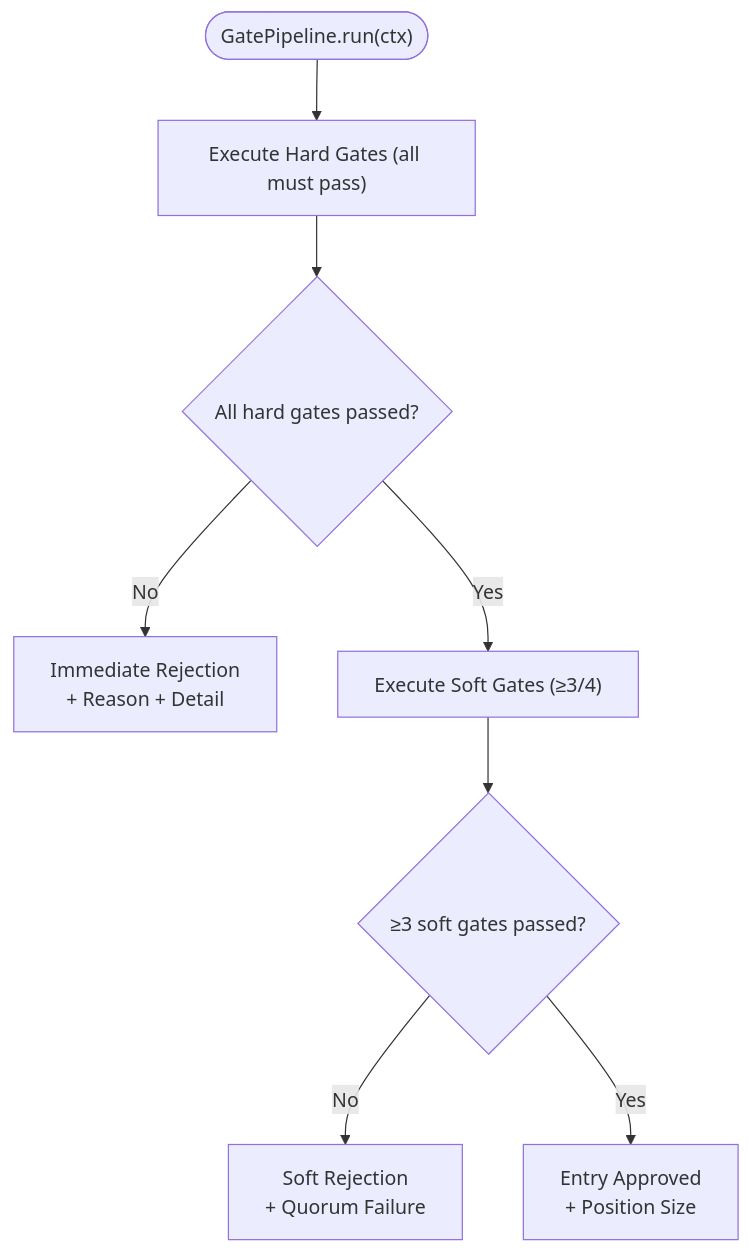
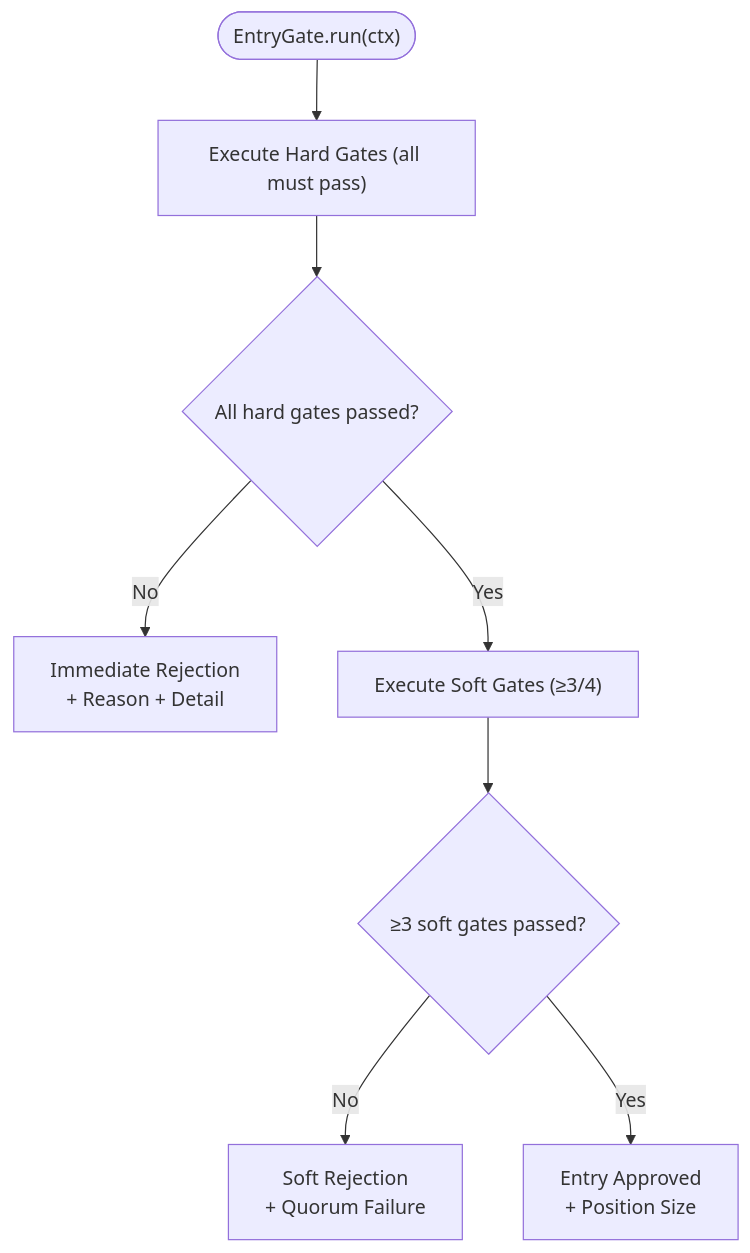
The third of 12 diagrams in .qoder/repowiki/en/content/Backend Application/Domain Services/Domain Services.md (gemrajkhatry-maker/v5-of-glassytrade-ai), drawn with Mermaid before and after one commit. The commit also changed other lines of this file and 219 other files, not shown here.

First line of the commit message:
refactor: major architecture improvements across backend, backendv2, brokers, and frontend

````diff
--- a/.qoder/repowiki/en/content/Backend Application/Domain Services/Domain Services.md
+++ b/.qoder/repowiki/en/content/Backend Application/Domain Services/Domain Services.md
@@ -282,10 +231,10 @@
 ```mermaid
 flowchart TD
-Start(["GatePipeline.run(ctx)"]) --> Hard["Execute Hard Gates (all must pass)"]
+Start(["EntryGate.run(ctx)"]) --> Hard["Execute Hard Gates (all must pass)"]
 Hard --> HardPass{"All hard gates passed?"}
 HardPass --> |No| Reject["Immediate Rejection<br/>+ Reason + Detail"]
 HardPass --> |Yes| Soft["Execute Soft Gates (≥3/4)"]
 Soft --> SoftPass{"≥3 soft gates passed?"}
 SoftPass --> |No| SoftReject["Soft Rejection<br/>+ Quorum Failure"]
 SoftPass --> |Yes| Approve["Entry Approved<br/>+ Position Size"]
 ```
````
